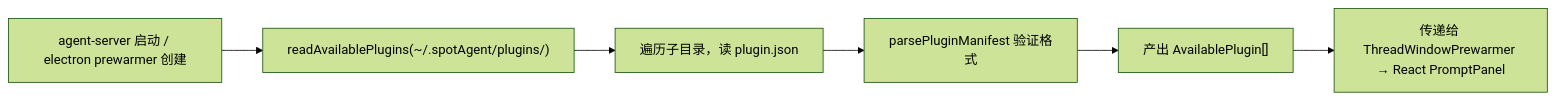
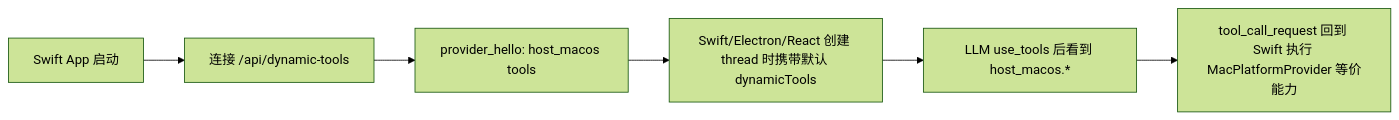
One commit to Lixuhang987/Wisp-Pocket changed the third of 4 diagrams in docs/medium-powers/plans/2026-06-19-plugin-system.md. Above: the diagram before and after it, drawn with Mermaid (forest theme). The commit also changed other lines of this file and 1 other file, not shown here.

Commit message:
docs: revise plugin system dynamic tools spec

````diff
--- a/docs/medium-powers/plans/2026-06-19-plugin-system.md
+++ b/docs/medium-powers/plans/2026-06-19-plugin-system.md
@@ -266,8 +199,8 @@
 ```mermaid
 flowchart LR
-    A["agent-server 启动 / electron prewarmer 创建"] --> B["readAvailablePlugins(~/.spotAgent/plugins/)"]
-    B --> C["遍历子目录，读 plugin.json"]
-    C --> D["parsePluginManifest 验证格式"]
-    D --> E["产出 AvailablePlugin[]"]
-    E --> F["传递给 ThreadWindowPrewarmer → React PromptPanel"]
+  A["Swift App 启动"] --> B["连接 /api/dynamic-tools"]
+  B --> C["provider_hello: host_macos tools"]
+  C --> D["Swift/Electron/React 创建 thread 时携带默认 dynamicTools"]
+  D --> E["LLM use_tools 后看到 host_macos.*"]
+  E --> F["tool_call_request 回到 Swift 执行 MacPlatformProvider 等价能力"]
 ```
````
